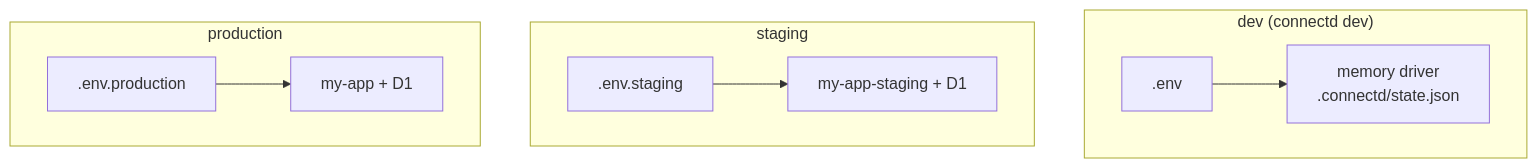
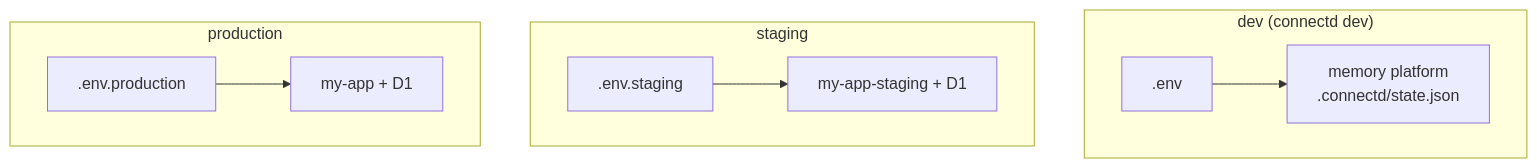
Before and after one commit to Kavishkagaya/connectd: the second of 2 diagrams in docs/src/content/docs/guides/deploying.md, drawn with Mermaid. The commit also changed other lines of this file and 75 other files, not shown here.

````diff
--- a/docs/src/content/docs/guides/deploying.md
+++ b/docs/src/content/docs/guides/deploying.md
@@ -85,12 +85,12 @@
 ```mermaid
 flowchart TB
   subgraph dev["dev (connectd dev)"]
-    E1[".env"] --> M["memory driver<br/>.connectd/state.json"]
+    E1[".env"] --> M["memory platform<br/>.connectd/state.json"]
   end
   subgraph stg["staging"]
     E2[".env.staging"] --> W2["my-app-staging + D1"]
   end
   subgraph prod["production"]
     E3[".env.production"] --> W3["my-app + D1"]
   end
 ```
````
